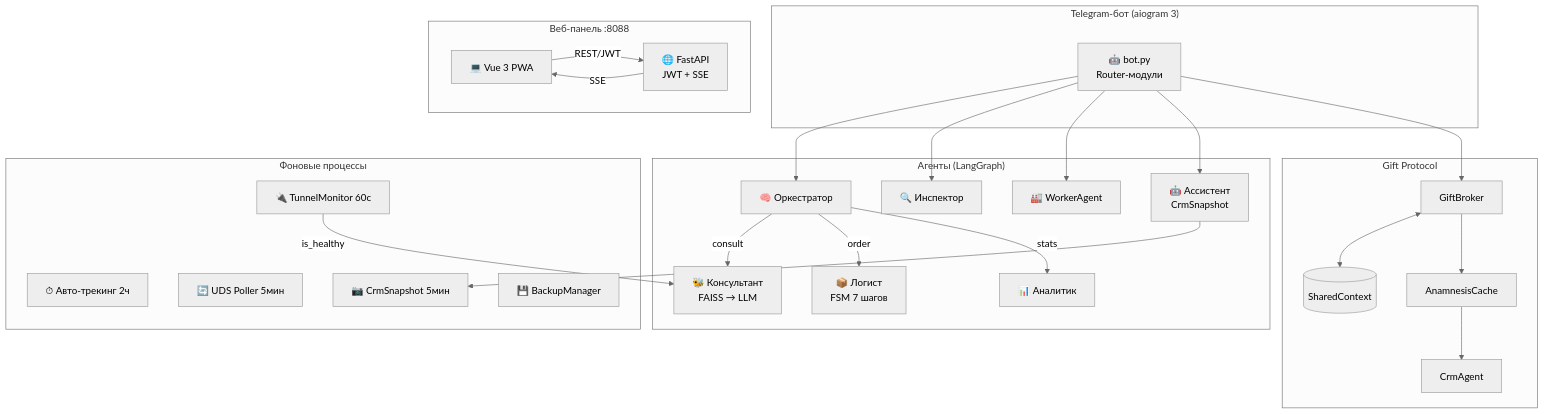
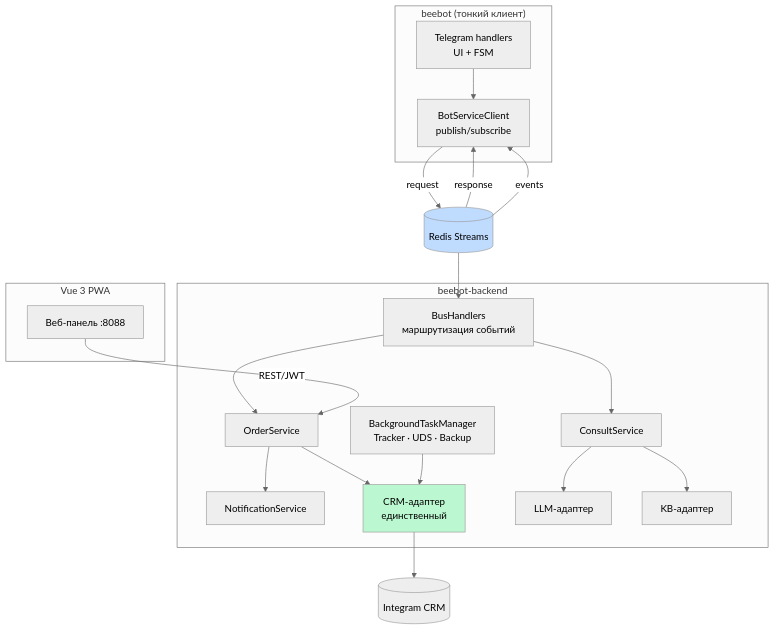
One commit to unidel2035/BEEBOT changed the second of 11 diagrams in docs/architecture.md. Above: the diagram before and after it, drawn with Mermaid (neutral theme). The commit also changed other lines of this file, not shown here.

First line of the commit message:
docs: обновить architecture.md — Hexagonal Architecture v2.0 (было → стало) (#140)

````diff
--- a/docs/architecture.md
+++ b/docs/architecture.md
@@ -39,52 +43,46 @@
 ```mermaid
 graph TB
-    subgraph Bot["Telegram-бот (aiogram 3)"]
-        BOT[🤖 bot.py<br/>Router-модули]
+    subgraph BOT["beebot (тонкий клиент)"]
+        T_BOT[Telegram handlers<br/>UI + FSM]
+        T_CLIENT[BotServiceClient<br/>publish/subscribe]
     end
 
-    subgraph Agents["Агенты (LangGraph)"]
-        ORCH[🧠 Оркестратор]
-        CONSUL[🐝 Консультант<br/>FAISS → LLM]
-        LOGIST[📦 Логист<br/>FSM 7 шагов]
-        ANALYST[📊 Аналитик]
-        INSPECT[🔍 Инспектор]
-        ADMINCHAT[🤖 Ассистент<br/>CrmSnapshot]
-        WORKER_AG[🏭 WorkerAgent]
+    REDIS[(Redis Streams)]
+
+    subgraph BACKEND["beebot-backend"]
+        S_BUS[BusHandlers<br/>маршрутизация событий]
+        S_ORDER[OrderService]
+        S_CONSULT[ConsultService]
+        S_NOTIFY[NotificationService]
+        S_BG[BackgroundTaskManager<br/>Tracker · UDS · Backup]
+        I_CRM[CRM-адаптер<br/>единственный]
+        I_LLM[LLM-адаптер]
+        I_KB[KB-адаптер]
     end
 
-    subgraph Gift["Gift Protocol"]
-        BROKER[GiftBroker]
-        SC[(SharedContext)]
-        ANAM[AnamnesisCache]
-        CRMA[CrmAgent]
+    subgraph WEB_PANEL["Vue 3 PWA"]
+        W_VUE[Веб-панель :8088]
     end
 
-    subgraph Web["Веб-панель :8088"]
-        FRONT[💻 Vue 3 PWA]
-        API[🌐 FastAPI<br/>JWT + SSE]
-    end
+    CRM[(Integram CRM)]
 
-    subgraph Background["Фоновые процессы"]
-        TRACKER[⏱ Авто-трекинг 2ч]
-        UDS_POLL[🔄 UDS Poller 5мин]
-        CRM_SNAP[📷 CrmSnapshot 5мин]
-        TUNNEL_MON[🔌 TunnelMonitor 60с]
-        BACKUP_MGR[💾 BackupManager]
-    end
+    T_BOT --> T_CLIENT
+    T_CLIENT -->|request| REDIS
+    REDIS -->|response| T_CLIENT
+    REDIS -->|events| T_CLIENT
 
-    BOT --> ORCH
-    BOT --> INSPECT & WORKER_AG & ADMINCHAT
-    ORCH -->|consult| CONSUL
-    ORCH -->|order| LOGIST
-    ORCH -->|stats| ANALYST
+    REDIS --> S_BUS
+    S_BUS --> S_ORDER & S_CONSULT
 
-    BOT --> BROKER
-    BROKER <--> SC
-    BROKER --> ANAM --> CRMA
+    W_VUE -->|REST/JWT| S_ORDER
 
-    ADMINCHAT --> CRM_SNAP
-    TUNNEL_MON -->|is_healthy| CONSUL
+    S_ORDER --> I_CRM
+    S_ORDER --> S_NOTIFY
+    S_CONSULT --> I_LLM & I_KB
+    S_BG --> I_CRM
 
-    FRONT -->|REST/JWT| API
-    API -->|SSE| FRONT
+    I_CRM --> CRM
+
+    style I_CRM fill:#bbf7d0
+    style REDIS fill:#bfdbfe
 ```
````
